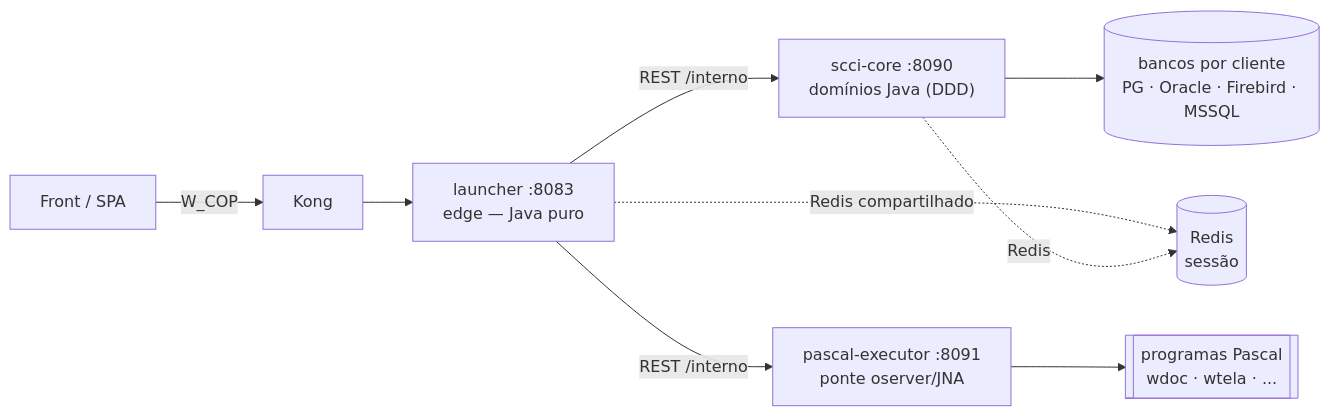
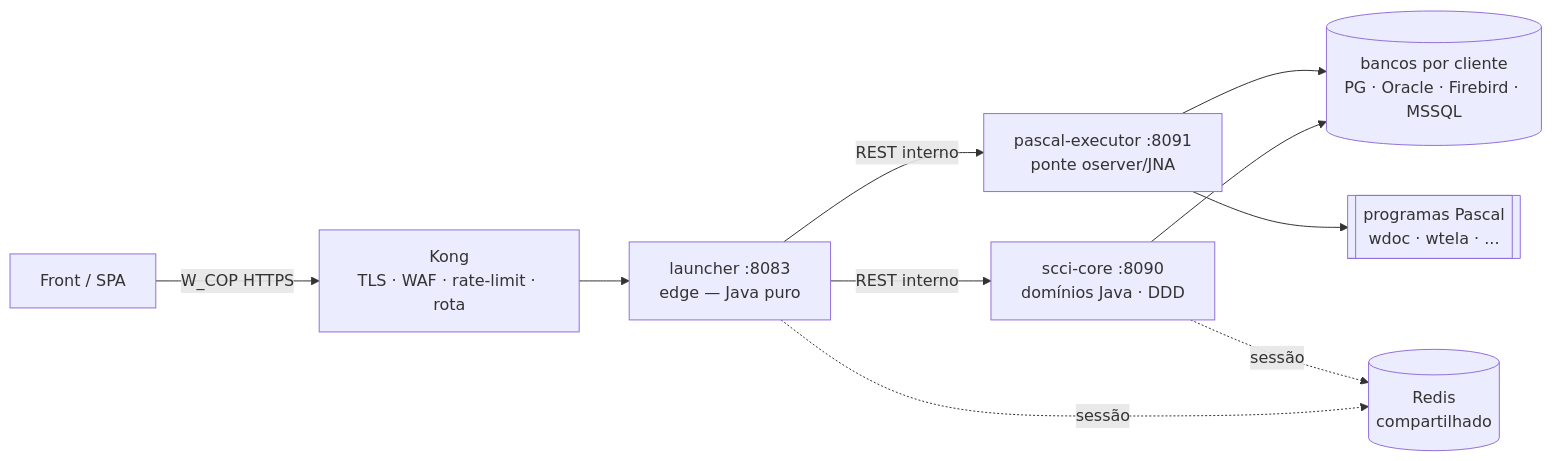
The first of 2 diagrams in README.md (jdeveloperweb/launcher), drawn with Mermaid before and after one commit. The commit also changed other lines of this file, not shown here.

Commit message:
docs(readme): diagramas Mermaid com Kong, escala (NLB + N replicas) e Redis compartilhado

````diff
--- a/README.md
+++ b/README.md
@@ -21,11 +21,12 @@
 ```mermaid
 flowchart LR
-  Front["Front / SPA"] -->|W_COP| Kong
+  Front["Front / SPA"] -->|W_COP HTTPS| Kong["Kong<br/>TLS · WAF · rate-limit · rota"]
   Kong --> L["launcher :8083<br/>edge — Java puro"]
-  L -->|"REST /interno"| C["scci-core :8090<br/>domínios Java (DDD)"]
-  L -->|"REST /interno"| P["pascal-executor :8091<br/>ponte oserver/JNA"]
+  L -->|REST interno| C["scci-core :8090<br/>domínios Java · DDD"]
+  L -->|REST interno| P["pascal-executor :8091<br/>ponte oserver/JNA"]
+  P --> PAS[["programas Pascal<br/>wdoc · wtela · ..."]]
   C --> DB[("bancos por cliente<br/>PG · Oracle · Firebird · MSSQL")]
-  P --> PAS[["programas Pascal<br/>wdoc · wtela · ..."]]
-  L -. "Redis compartilhado" .-> R[("Redis<br/>sessão")]
-  C -. Redis .-> R
+  P --> DB
+  L -.->|sessão| R[("Redis<br/>compartilhado")]
+  C -.->|sessão| R
 ```
````
